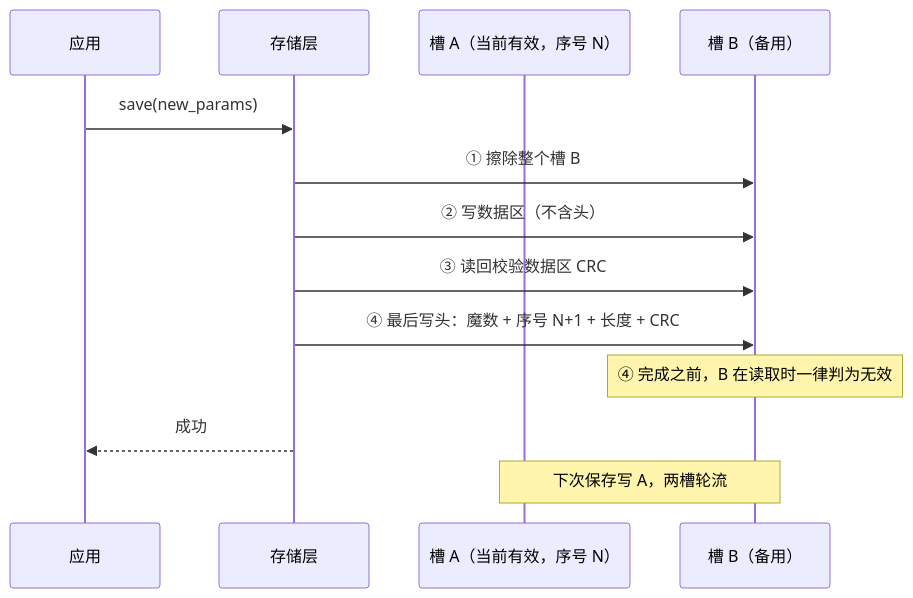
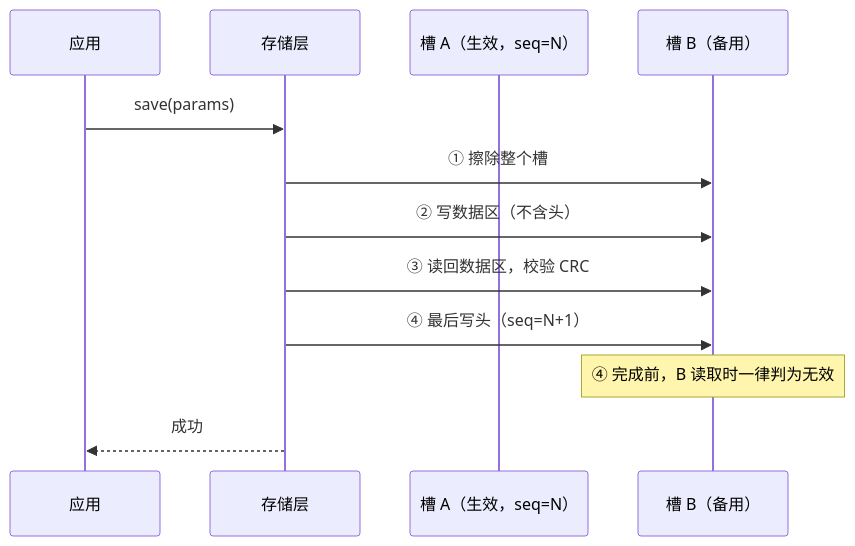
One commit to top-ws12345/top-ws12345.github.io changed the third of 5 diagrams in _posts/2026-11-23-ab-flash-param.md. Above: the diagram before and after it, drawn with Mermaid. The commit also changed other lines of this file and 5 other files, not shown here.

Commit message:
[post] 6 篇文章重写为进阶版：按问题、约束、方案对比、失效模式、验证方法组织，每篇 4~6 张图

````diff
--- a/_posts/2026-11-23-ab-flash-param.md
+++ b/_posts/2026-11-23-ab-flash-param.md
@@ -54,15 +89,14 @@
 ```mermaid
 sequenceDiagram
     participant App as 应用
-    participant Store as 存储层
-    participant A as 槽 A（当前有效，序号 N）
+    participant S as 存储层
+    participant A as 槽 A（生效，seq=N）
     participant B as 槽 B（备用）
-    App->>Store: save(new_params)
-    Store->>B: ① 擦除整个槽 B
-    Store->>B: ② 写数据区（不含头）
-    Store->>B: ③ 读回校验数据区 CRC
-    Store->>B: ④ 最后写头：魔数 + 序号 N+1 + 长度 + CRC
-    Note over B: ④ 完成之前，B 在读取时一律判为无效
-    Store-->>App: 成功
-    Note over A,B: 下次保存写 A，两槽轮流
+    App->>S: save(params)
+    S->>B: ① 擦除整个槽
+    S->>B: ② 写数据区（不含头）
+    S->>B: ③ 读回数据区，校验 CRC
+    S->>B: ④ 最后写头（seq=N+1）
+    Note over B: ④ 完成前，B 读取时一律判为无效
+    S-->>App: 成功
 ```
````
